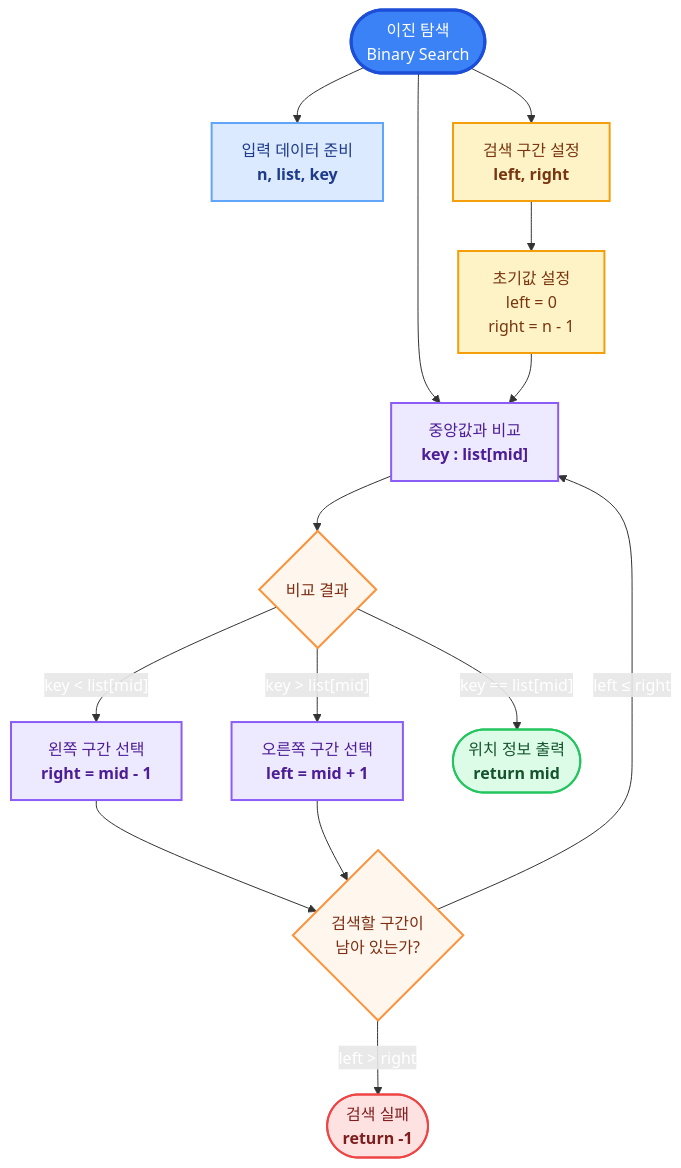
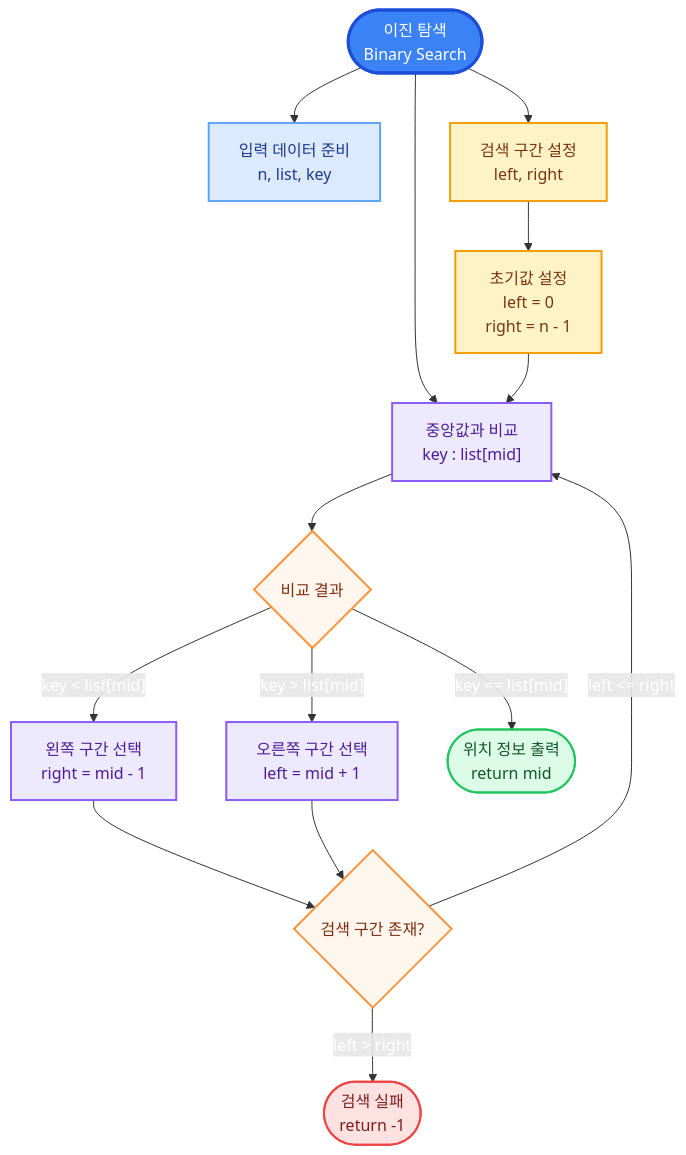
Before and after one commit to neonunu/Study: the second of 7 diagrams in university_Study/자료구조/Week06.md, drawn with Mermaid. The commit also changed other lines of this file, not shown here.

````diff
--- a/university_Study/자료구조/Week06.md
+++ b/university_Study/자료구조/Week06.md
@@ -69,39 +240,39 @@
 ```mermaid
 flowchart TB
     A(["이진 탐색<br/>Binary Search"])
 
-    A --> B["입력 데이터 준비<br/><b>n, list, key</b>"]
-    A --> C["검색 구간 설정<br/><b>left, right</b>"]
-    A --> D["중앙값과 비교<br/><b>key : list[mid]</b>"]
+    A --> B["입력 데이터 준비<br/>n, list, key"]
+    A --> C["검색 구간 설정<br/>left, right"]
+    A --> D["중앙값과 비교<br/>key : list[mid]"]
 
     C --> E["초기값 설정<br/>left = 0<br/>right = n - 1"]
 
     E --> D
     D --> F{"비교 결과"}
 
-    F -->|"key < list[mid]"| G["왼쪽 구간 선택<br/><b>right = mid - 1</b>"]
-    F -->|"key > list[mid]"| H["오른쪽 구간 선택<br/><b>left = mid + 1</b>"]
-    F -->|"key == list[mid]"| I(["위치 정보 출력<br/><b>return mid</b>"])
+    F -->|"key < list[mid]"| G["왼쪽 구간 선택<br/>right = mid - 1"]
+    F -->|"key > list[mid]"| H["오른쪽 구간 선택<br/>left = mid + 1"]
+    F -->|"key == list[mid]"| I(["위치 정보 출력<br/>return mid"])
 
-    G --> J{"검색할 구간이<br/>남아 있는가?"}
+    G --> J{"검색 구간 존재?"}
     H --> J
 
-    J -->|"left ≤ right"| D
-    J -->|"left > right"| K(["검색 실패<br/><b>return -1</b>"])
+    J -->|"left <= right"| D
+    J -->|"left > right"| K(["검색 실패<br/>return -1"])
 
     classDef root fill:#3b82f6,color:#ffffff,stroke:#1d4ed8,stroke-width:3px
     classDef input fill:#dbeafe,color:#1e3a8a,stroke:#60a5fa,stroke-width:2px
     classDef range fill:#fef3c7,color:#78350f,stroke:#f59e0b,stroke-width:2px
     classDef compare fill:#ede9fe,color:#4c1d95,stroke:#8b5cf6,stroke-width:2px
     classDef decision fill:#fff7ed,color:#7c2d12,stroke:#fb923c,stroke-width:2px
     classDef success fill:#dcfce7,color:#14532d,stroke:#22c55e,stroke-width:2px
     classDef failure fill:#fee2e2,color:#7f1d1d,stroke:#ef4444,stroke-width:2px
 
     class A root
     class B input
     class C,E range
     class D,G,H compare
     class F,J decision
     class I success
     class K failure
 ```
````
